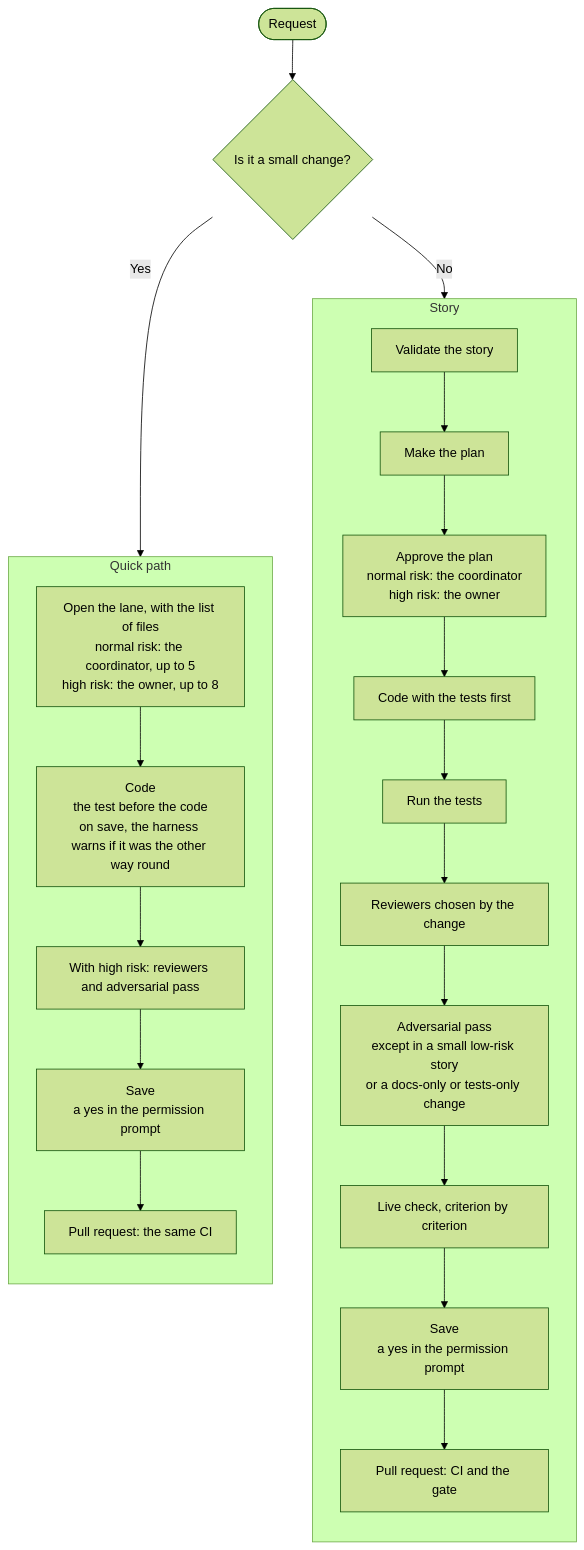
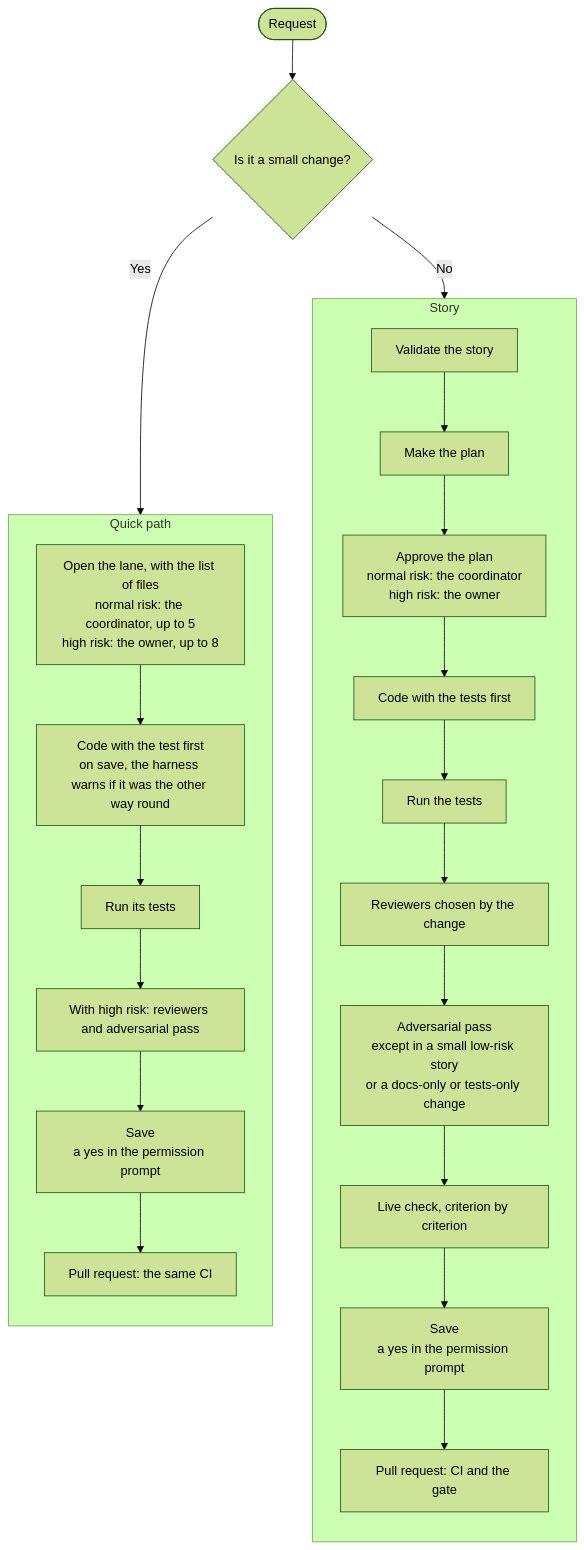
The diagram in README.md (TYCON-SA/tycon-harness), drawn with Mermaid (forest theme) before and after one commit. The commit also changed 2 other files, not shown here.

Commit message:
docs(portada): el camino rápido también lleva pruebas
Programar con la prueba primero (al guardar, el arnés avisa si fue al revés) y un paso nuevo,
correr sus pruebas, antes de los revisores y el pase de riesgo alto. La guía dice lo mismo
(fuente única, §5).

````diff
--- a/README.md
+++ b/README.md
@@ -53,25 +53,26 @@
 ```mermaid
 flowchart TB
   request(["Request"]) --> size{"Is it a small change?"}
   size -- "No" --> h1
   size -- "Yes" --> r1
   subgraph story ["Story"]
     direction TB
     h1["Validate the story"] --> h2["Make the plan"]
     h2 --> h3["Approve the plan<br/>normal risk: the coordinator<br/>high risk: the owner"]
     h3 --> h4["Code with the tests first"]
     h4 --> h5["Run the tests"]
     h5 --> h6["Reviewers chosen by the change"]
     h6 --> h7["Adversarial pass<br/>except in a small low-risk story<br/>or a docs-only or tests-only change"]
     h7 --> h8["Live check, criterion by criterion"]
     h8 --> h9["Save<br/>a yes in the permission prompt"]
     h9 --> h10["Pull request: CI and the gate"]
   end
   subgraph quick ["Quick path"]
     direction TB
-    r1["Open the lane, with the list of files<br/>normal risk: the coordinator, up to 5<br/>high risk: the owner, up to 8"] --> r2["Code<br/>the test before the code<br/>on save, the harness warns if it was the other way round"]
-    r2 --> r3["With high risk: reviewers and adversarial pass"]
+    r1["Open the lane, with the list of files<br/>normal risk: the coordinator, up to 5<br/>high risk: the owner, up to 8"] --> r2["Code with the test first<br/>on save, the harness warns if it was the other way round"]
+    r2 --> r2b["Run its tests"]
+    r2b --> r3["With high risk: reviewers and adversarial pass"]
     r3 --> r4["Save<br/>a yes in the permission prompt"]
     r4 --> r5["Pull request: the same CI"]
   end
 ```
````
